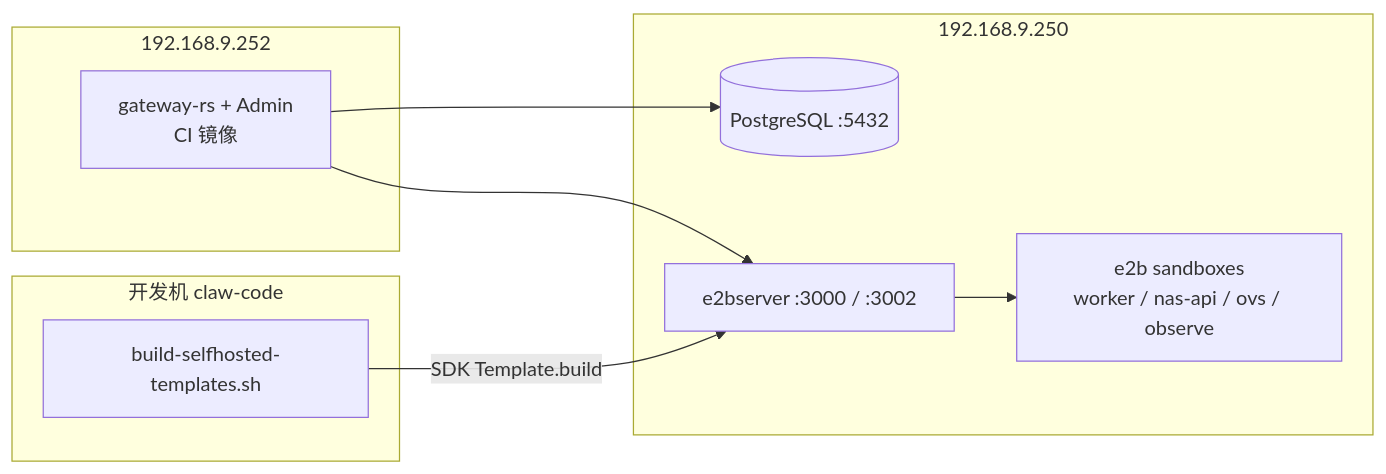
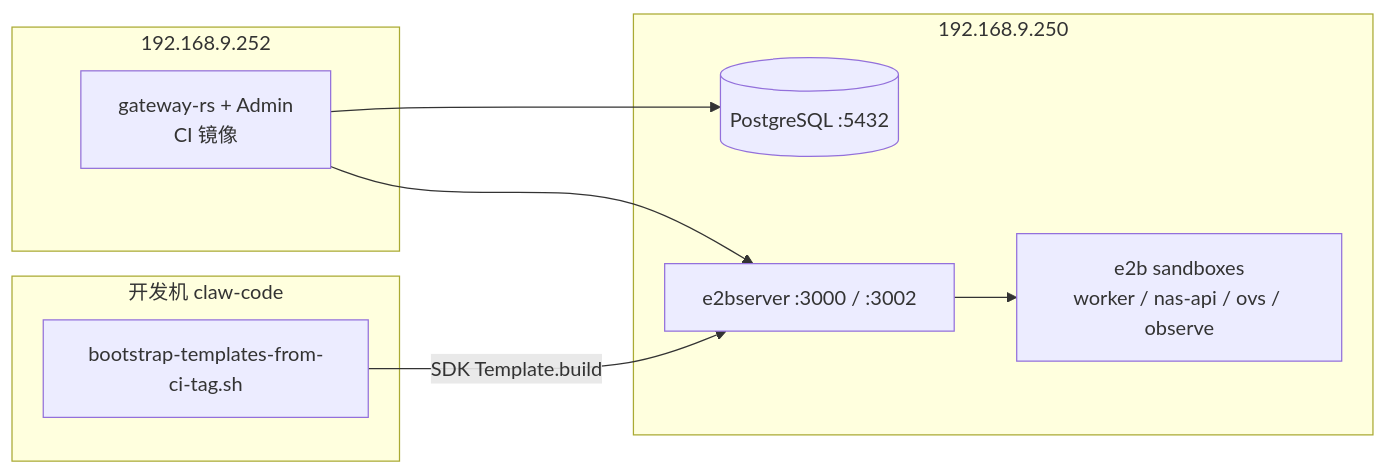
The diagram in deploy/docs/pre-252-e2b-pipeline.md (passionke/claw-code), drawn with Mermaid before and after one commit. The commit also changed other lines of this file and 33 other files, not shown here.

````diff
--- a/deploy/docs/pre-252-e2b-pipeline.md
+++ b/deploy/docs/pre-252-e2b-pipeline.md
@@ -17,18 +17,18 @@
 ```mermaid
 flowchart LR
   subgraph dev["开发机 claw-code"]
-    T[build-selfhosted-templates.sh]
+    T[bootstrap-templates-from-ci-tag.sh]
   end
   subgraph host250["192.168.9.250"]
     PG[(PostgreSQL :5432)]
     E2B[e2bserver :3000 / :3002]
     SBX[e2b sandboxes<br/>worker / nas-api / ovs / observe]
   end
   subgraph host252["192.168.9.252"]
     GW[gateway-rs + Admin<br/>CI 镜像]
   end
   T -->|SDK Template.build| E2B
   E2B --> SBX
   GW --> PG
   GW --> E2B
 ```
````
